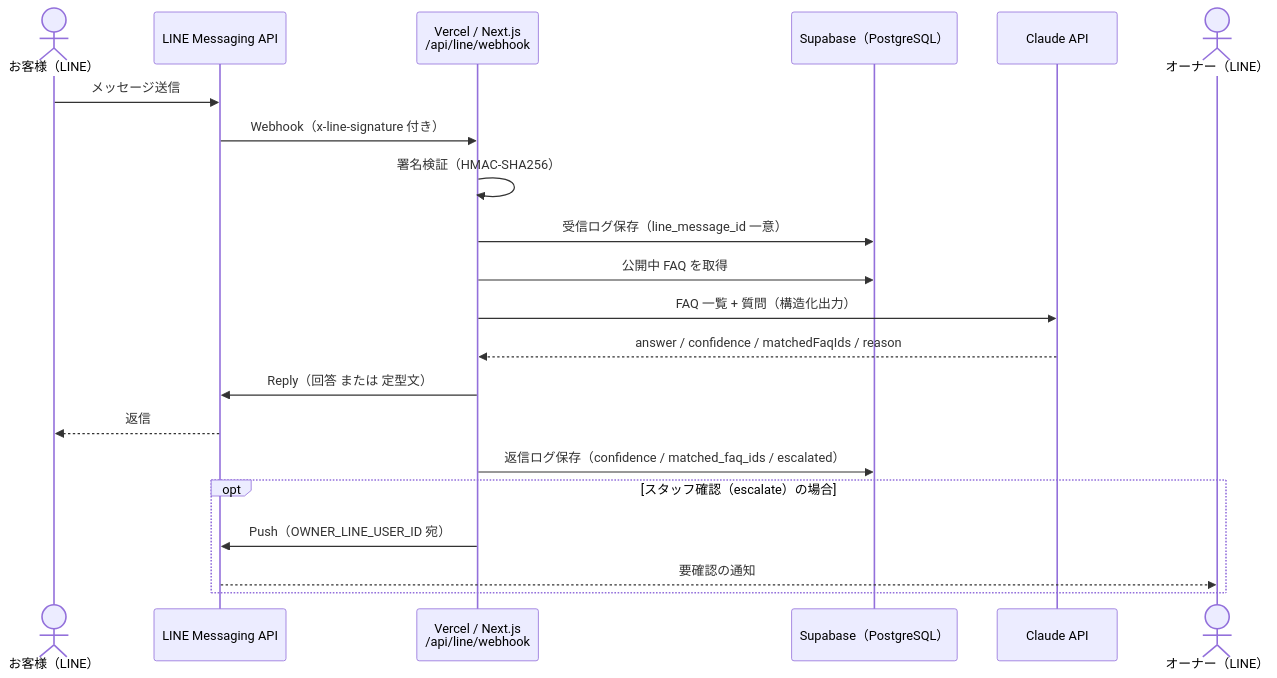
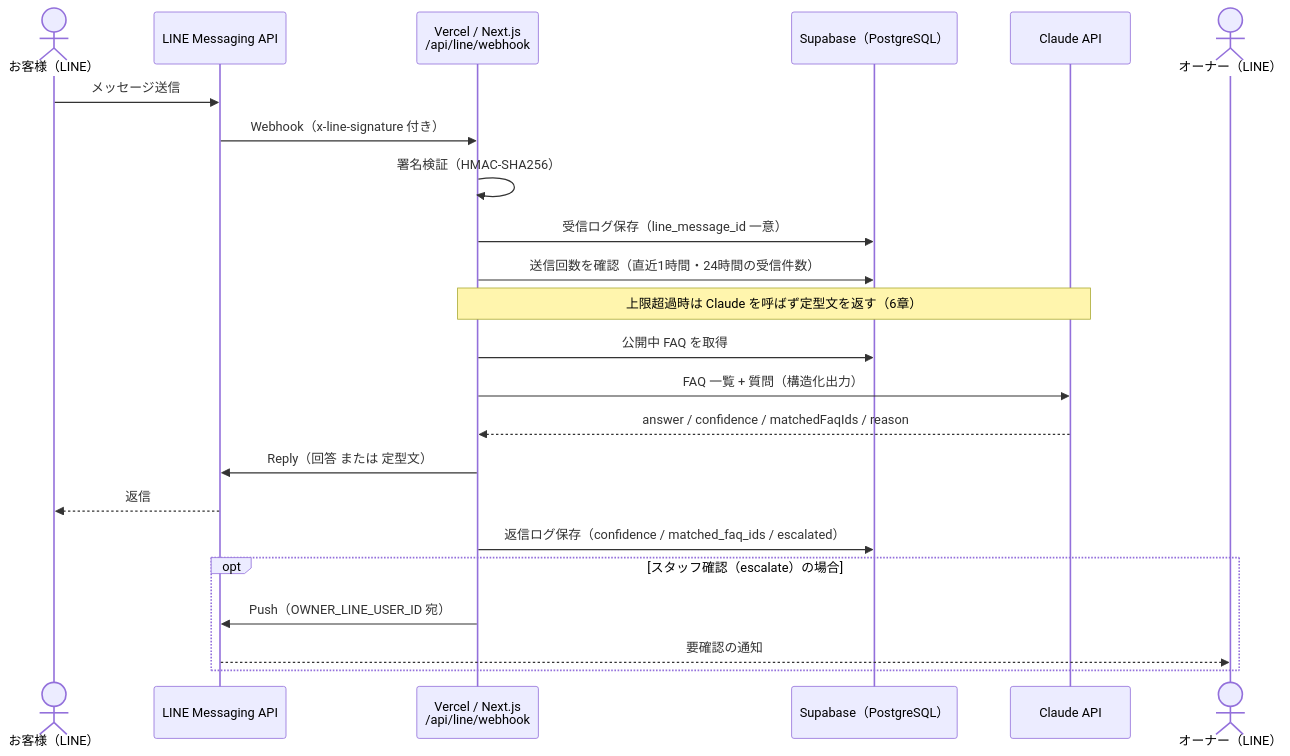
The first of 4 diagrams in docs/technical-spec.md (moedaichi0629-ai/line-reservation-bot), drawn with Mermaid before and after one commit. The commit also changed other lines of this file and 17 other files, not shown here.

````diff
--- a/docs/technical-spec.md
+++ b/docs/technical-spec.md
@@ -22,24 +23,26 @@
 ```mermaid
 sequenceDiagram
     actor U as お客様（LINE）
     participant L as LINE Messaging API
     participant W as Vercel / Next.js<br/>/api/line/webhook
     participant DB as Supabase（PostgreSQL）
     participant C as Claude API
     actor O as オーナー（LINE）
 
     U->>L: メッセージ送信
     L->>W: Webhook（x-line-signature 付き）
     W->>W: 署名検証（HMAC-SHA256）
     W->>DB: 受信ログ保存（line_message_id 一意）
+    W->>DB: 送信回数を確認（直近1時間・24時間の受信件数）
+    Note over W,C: 上限超過時は Claude を呼ばず定型文を返す（6章）
     W->>DB: 公開中 FAQ を取得
     W->>C: FAQ 一覧 + 質問（構造化出力）
     C-->>W: answer / confidence / matchedFaqIds / reason
     W->>L: Reply（回答 または 定型文）
     L-->>U: 返信
     W->>DB: 返信ログ保存（confidence / matched_faq_ids / escalated）
     opt スタッフ確認（escalate）の場合
         W->>L: Push（OWNER_LINE_USER_ID 宛）
         L-->>O: 要確認の通知
     end
 ```
````
